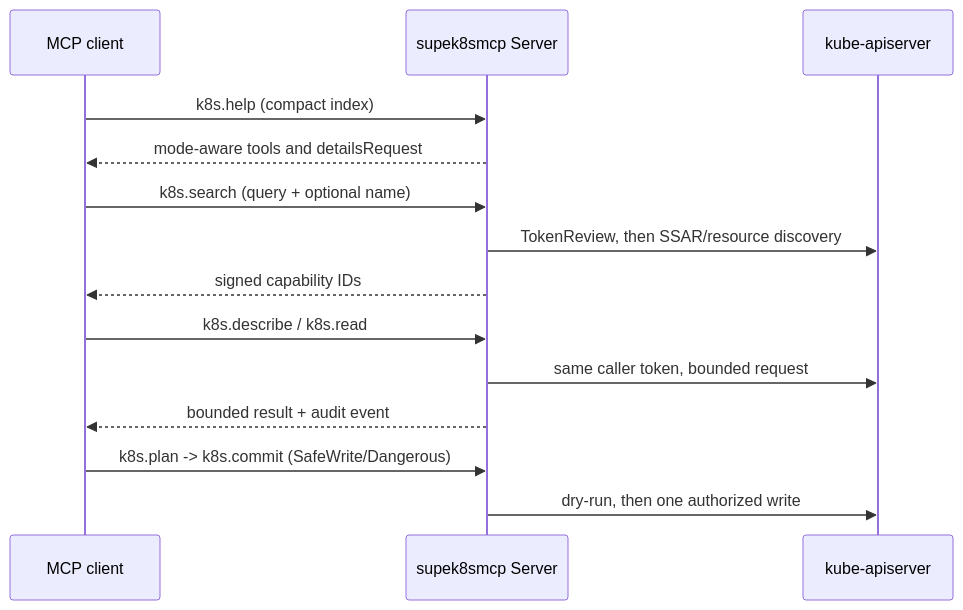
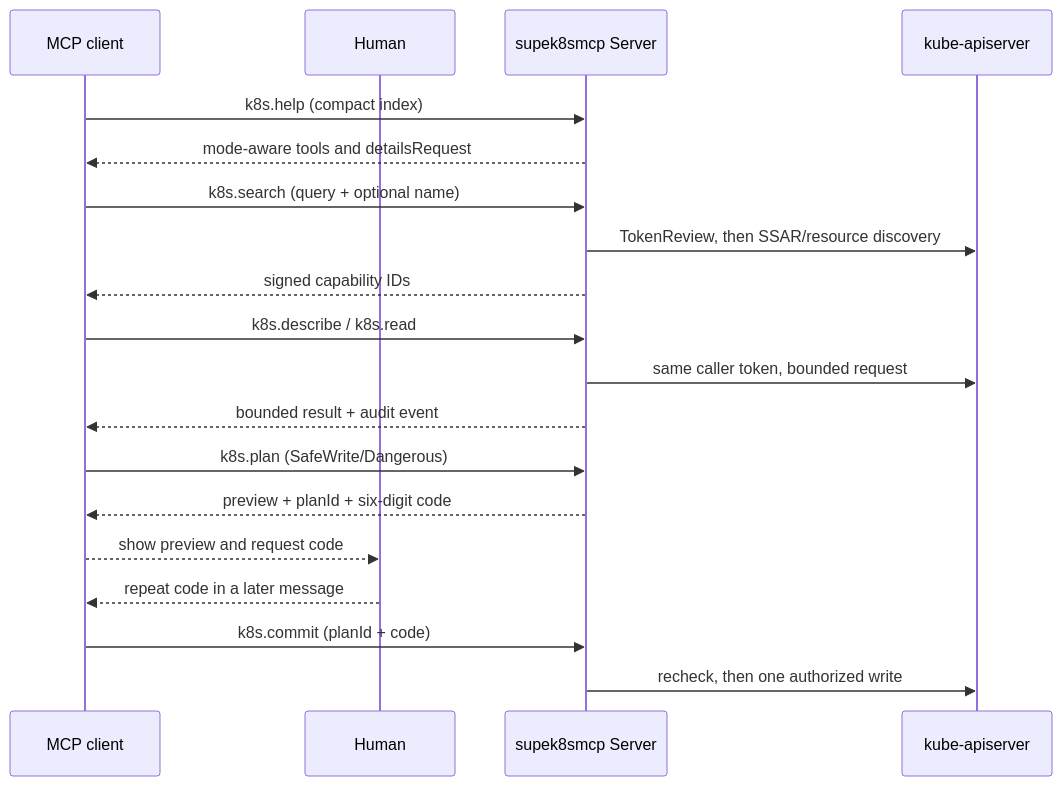
One commit to SamuelSupe/supek8smcp changed the first of 2 diagrams in README.md. Above: the diagram before and after it, drawn with Mermaid. The commit also changed other lines of this file and 25 other files, not shown here.

First line of the commit message:
add human confirmation for write plans

````diff
--- a/README.md
+++ b/README.md
@@ -49,16 +51,21 @@
 ```mermaid
 sequenceDiagram
     participant C as MCP client
+    participant H as Human
     participant S as supek8smcp Server
     participant K as kube-apiserver
     C->>S: k8s.help (compact index)
     S-->>C: mode-aware tools and detailsRequest
     C->>S: k8s.search (query + optional name)
     S->>K: TokenReview, then SSAR/resource discovery
     S-->>C: signed capability IDs
     C->>S: k8s.describe / k8s.read
     S->>K: same caller token, bounded request
     S-->>C: bounded result + audit event
-    C->>S: k8s.plan -> k8s.commit (SafeWrite/Dangerous)
-    S->>K: dry-run, then one authorized write
+    C->>S: k8s.plan (SafeWrite/Dangerous)
+    S-->>C: preview + planId + six-digit code
+    C-->>H: show preview and request code
+    H-->>C: repeat code in a later message
+    C->>S: k8s.commit (planId + code)
+    S->>K: recheck, then one authorized write
 ```
````
